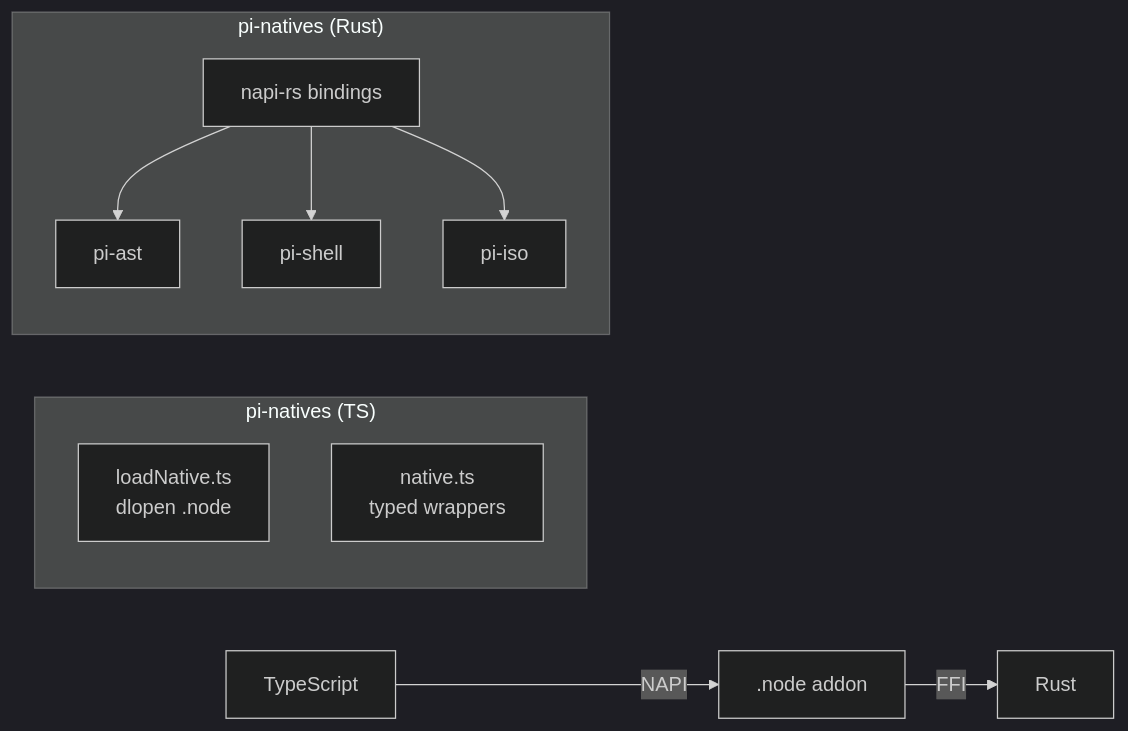
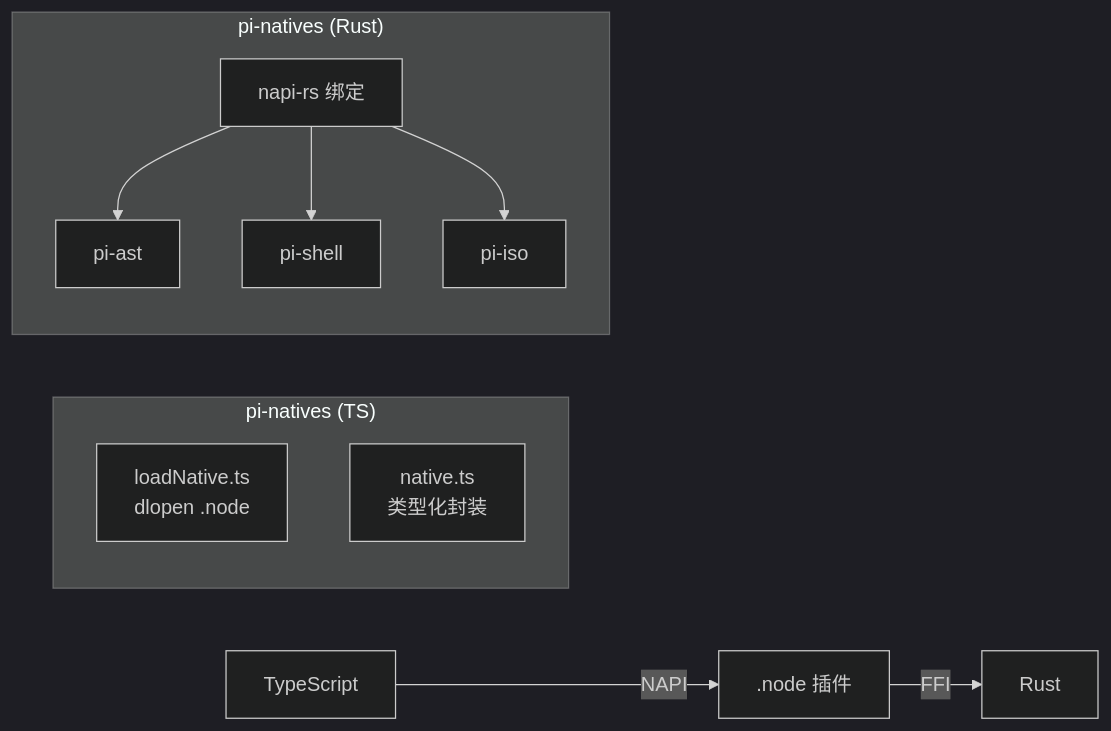
The fourth of 6 diagrams in docs-site/architecture.md (YeLuo45/oh-my-pi-design), drawn with Mermaid (dark theme) before and after one commit. The commit also changed other lines of this file and 37 other files, not shown here.

````diff
--- a/docs-site/architecture.md
+++ b/docs-site/architecture.md
@@ -199,17 +199,17 @@
 ```mermaid
 flowchart LR
-  TS[TypeScript] -->|NAPI| Node[.node addon]
+  TS[TypeScript] -->|NAPI| Node[.node 插件]
   Node -->|FFI| Rust
   
   subgraph pi-natives["pi-natives (TS)"]
     Loader[loadNative.ts<br/>dlopen .node]
-    Wrapper[native.ts<br/>typed wrappers]
+    Wrapper[native.ts<br/>类型化封装]
   end
   
   subgraph pi-natives-rs["pi-natives (Rust)"]
-    Napi[napi-rs bindings]
+    Napi[napi-rs 绑定]
     Napi --> Ast[pi-ast]
     Napi --> Shell[pi-shell]
     Napi --> Iso[pi-iso]
   end
 ```
````
